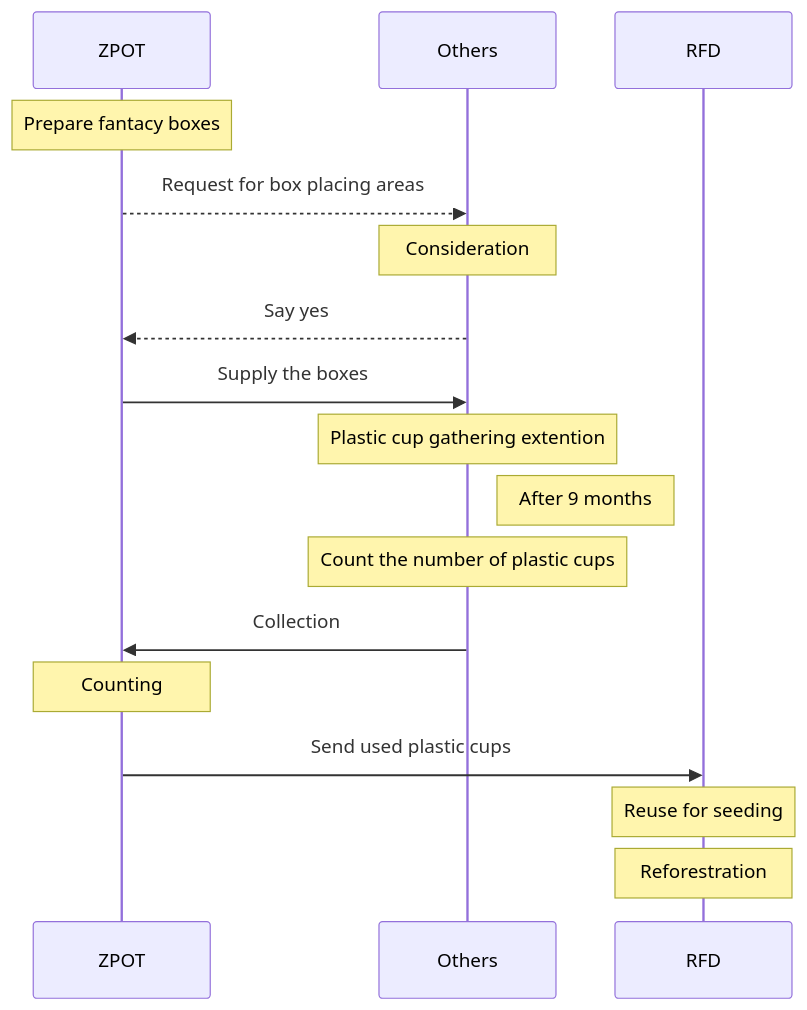
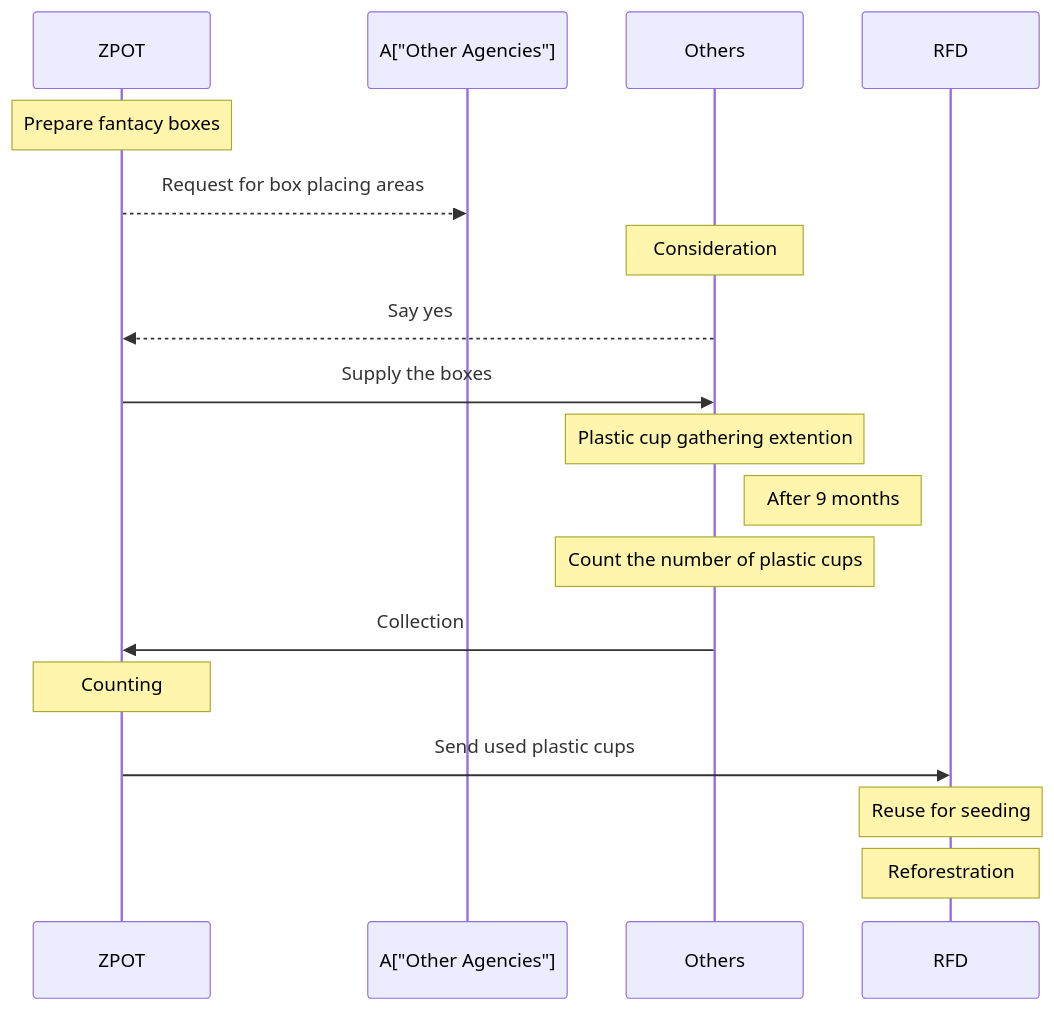
One commit to Kietpawpan/carbon changed the first of 2 diagrams in README.md. Above: the diagram before and after it, drawn with Mermaid.

````diff
--- a/README.md
+++ b/README.md
@@ -9,16 +9,16 @@
 ```mermaid
 sequenceDiagram
     Note over ZPOT: Prepare fantacy boxes  
-    ZPOT-->>Others: Request for box placing areas
+    ZPOT-->>A["Other Agencies"]: Request for box placing areas
     Note over Others: Consideration
     Others-->>ZPOT: Say yes
     ZPOT->>Others: Supply the boxes
     Note over Others: Plastic cup gathering extention
     Note right of Others: After 9 months
     Note over Others: Count the number of plastic cups
     Others->>ZPOT: Collection
     Note over ZPOT: Counting
     ZPOT->>RFD: Send used plastic cups
     Note over RFD: Reuse for seeding
     Note over RFD: Reforestration
 ```
````
